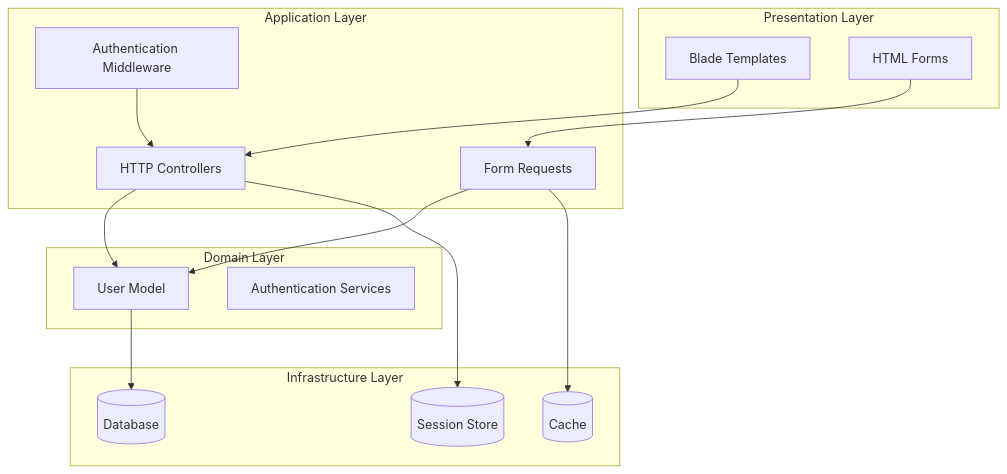
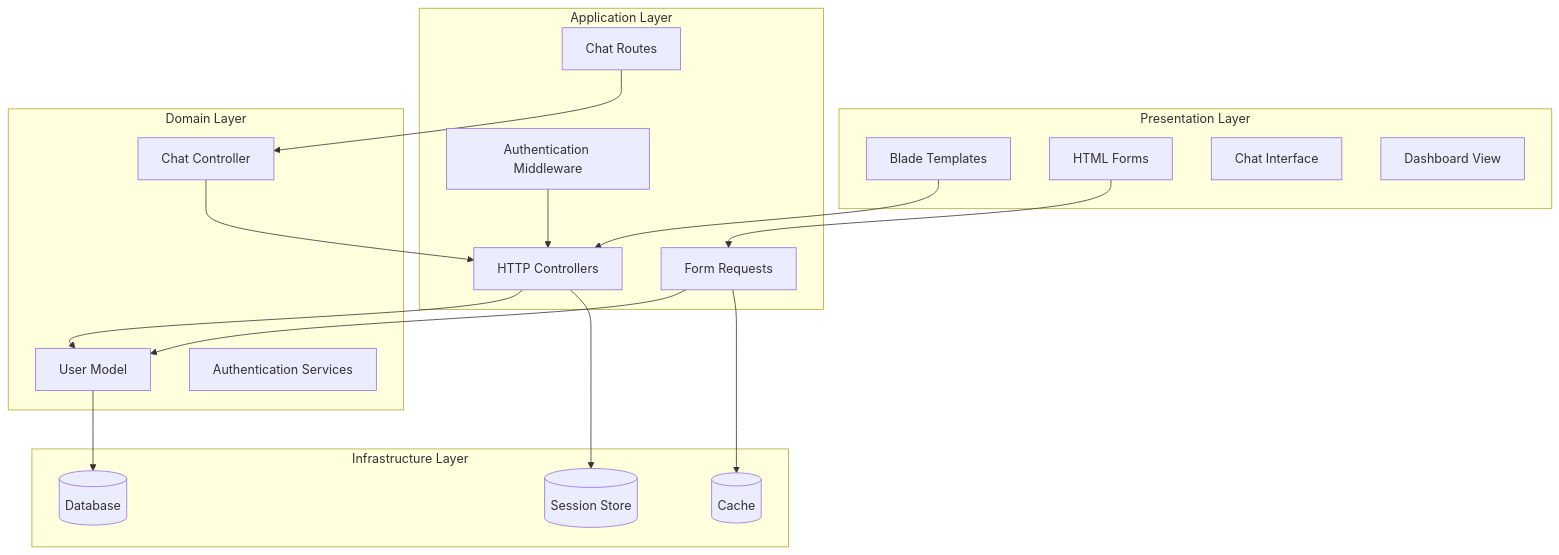
Before and after one commit to siimliimand/laravel-assistant: the first of 8 diagrams in .qoder/repowiki/en/content/Laravel Application Components/Authentication System.md, drawn with Mermaid. The commit also changed other lines of this file and 5 other files, not shown here.

````diff
--- a/.qoder/repowiki/en/content/Laravel Application Components/Authentication System.md
+++ b/.qoder/repowiki/en/content/Laravel Application Components/Authentication System.md
@@ -46,29 +60,35 @@
 ```mermaid
 graph TB
 subgraph "Presentation Layer"
 Views[Blade Templates]
 Forms[HTML Forms]
+ChatInterface[Chat Interface]
+Dashboard[Dashboard View]
 end
 subgraph "Application Layer"
 Controllers[HTTP Controllers]
 Requests[Form Requests]
 Middleware[Authentication Middleware]
+ChatRoutes[Chat Routes]
 end
 subgraph "Domain Layer"
 Models[User Model]
 Services[Authentication Services]
+ChatController[Chat Controller]
 end
 subgraph "Infrastructure Layer"
 Database[(Database)]
 Cache[(Cache)]
 Sessions[(Session Store)]
 end
 Views --> Controllers
 Forms --> Requests
 Controllers --> Models
 Requests --> Models
 Models --> Database
 Controllers --> Sessions
 Requests --> Cache
 Middleware --> Controllers
+ChatRoutes --> ChatController
+ChatController --> Controllers
 ```
````
